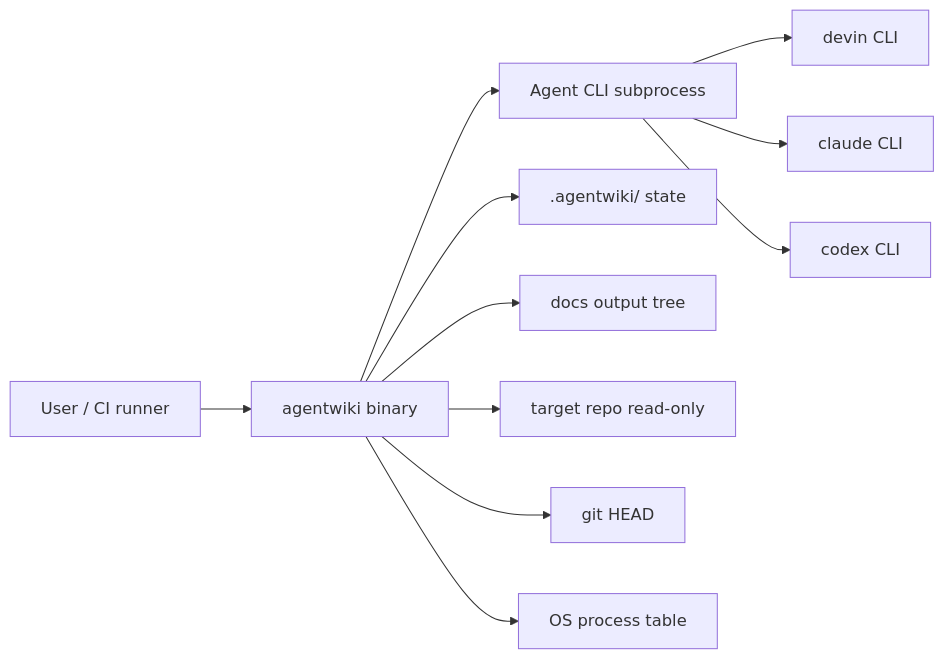
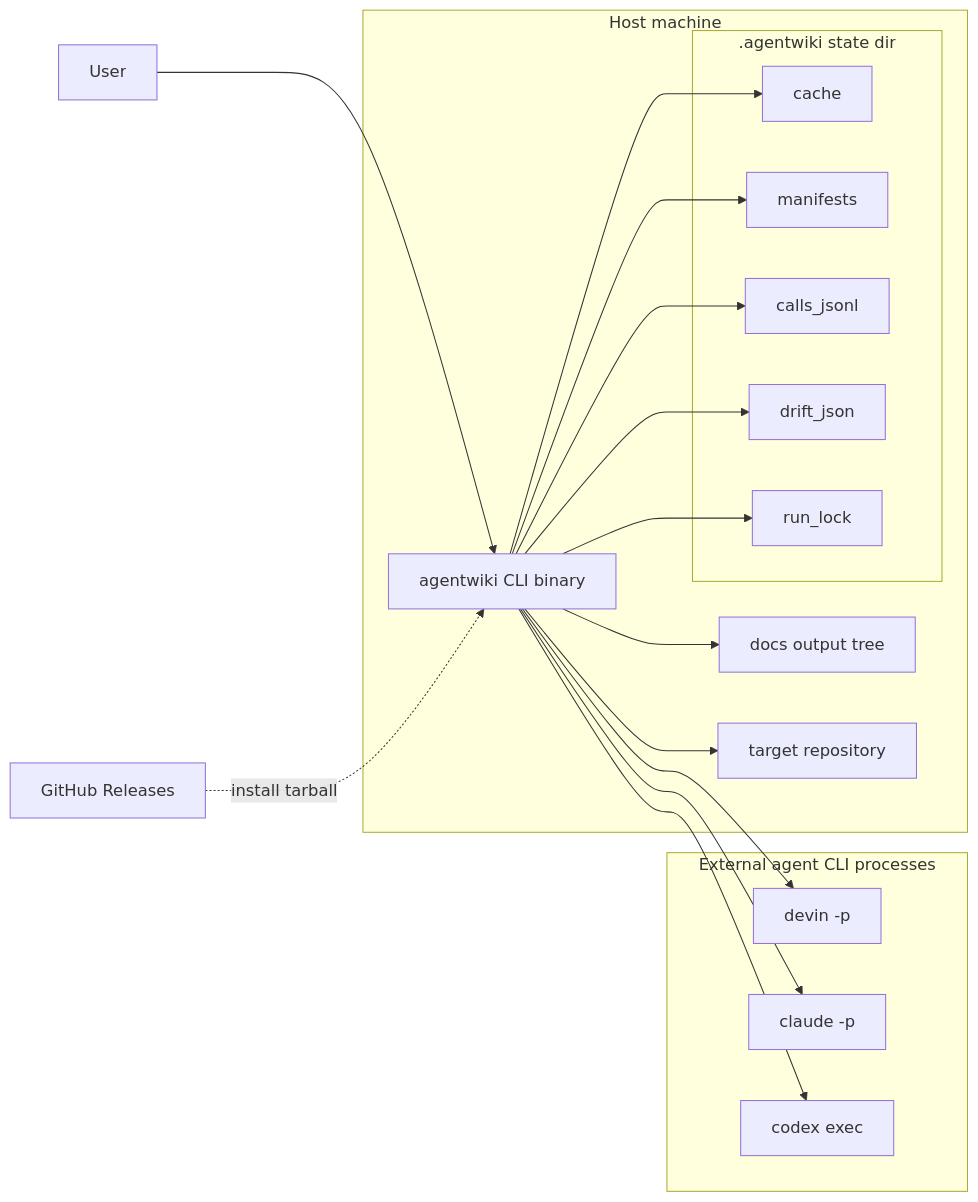
One commit to tidusvn05/agentwiki changed the second of 6 diagrams in docs/vi/2.Architecture.md. Above: the diagram before and after it, drawn with Mermaid. The commit also changed other lines of this file and 10 other files, not shown here.

````diff
--- a/docs/vi/2.Architecture.md
+++ b/docs/vi/2.Architecture.md
@@ -179,13 +183,37 @@
 ```mermaid
 graph LR
-    USER[User / CI runner] --> BIN[agentwiki binary]
-    BIN --> SUB[Agent CLI subprocess]
-    SUB --> DEVIN[devin CLI]
-    SUB --> CLAUDE[claude CLI]
-    SUB --> CODEX[codex CLI]
-    BIN --> STATE[".agentwiki/ state"]
-    BIN --> DOCS["docs output tree"]
-    BIN --> TARGET["target repo read-only"]
-    BIN --> GIT[git HEAD]
-    BIN --> PROC[OS process table]
+    USER[User] --> CLI[agentwiki_binary]
+
+    subgraph Host["Host machine"]
+        CLI[agentwiki CLI binary]
+        subgraph StateDir[".agentwiki state dir"]
+            CACHEDIR[cache]
+            MANF[manifests]
+            CALLS[calls_jsonl]
+            DRIFTJSON[drift_json]
+            LOCK[run_lock]
+        end
+        DOCSDIR[docs output tree]
+        TARGET[target repository]
+    end
+
+    subgraph ExternalCLIs["External agent CLI processes"]
+        DP[devin -p]
+        CP[claude -p]
+        XP[codex exec]
+    end
+
+    GH[GitHub Releases]
+
+    CLI --> CACHEDIR
+    CLI --> MANF
+    CLI --> CALLS
+    CLI --> DRIFTJSON
+    CLI --> LOCK
+    CLI --> DOCSDIR
+    CLI --> TARGET
+    CLI --> DP
+    CLI --> CP
+    CLI --> XP
+    GH -.install tarball.-> CLI
 ```
````
